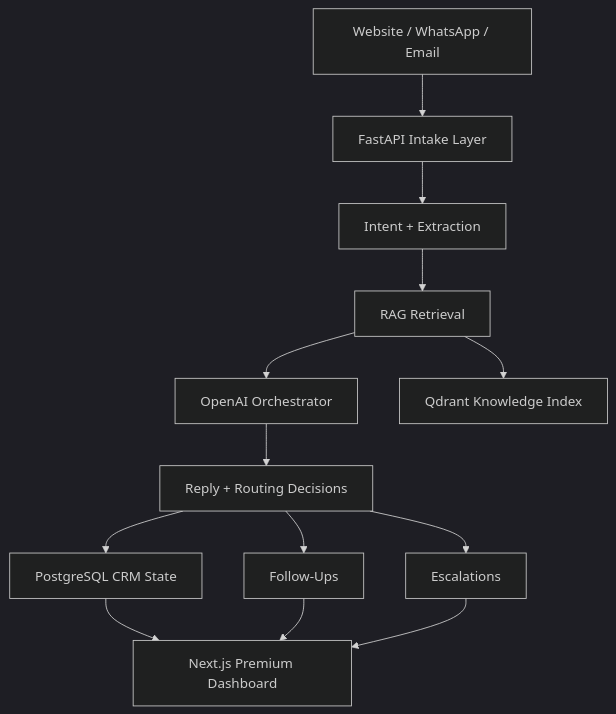
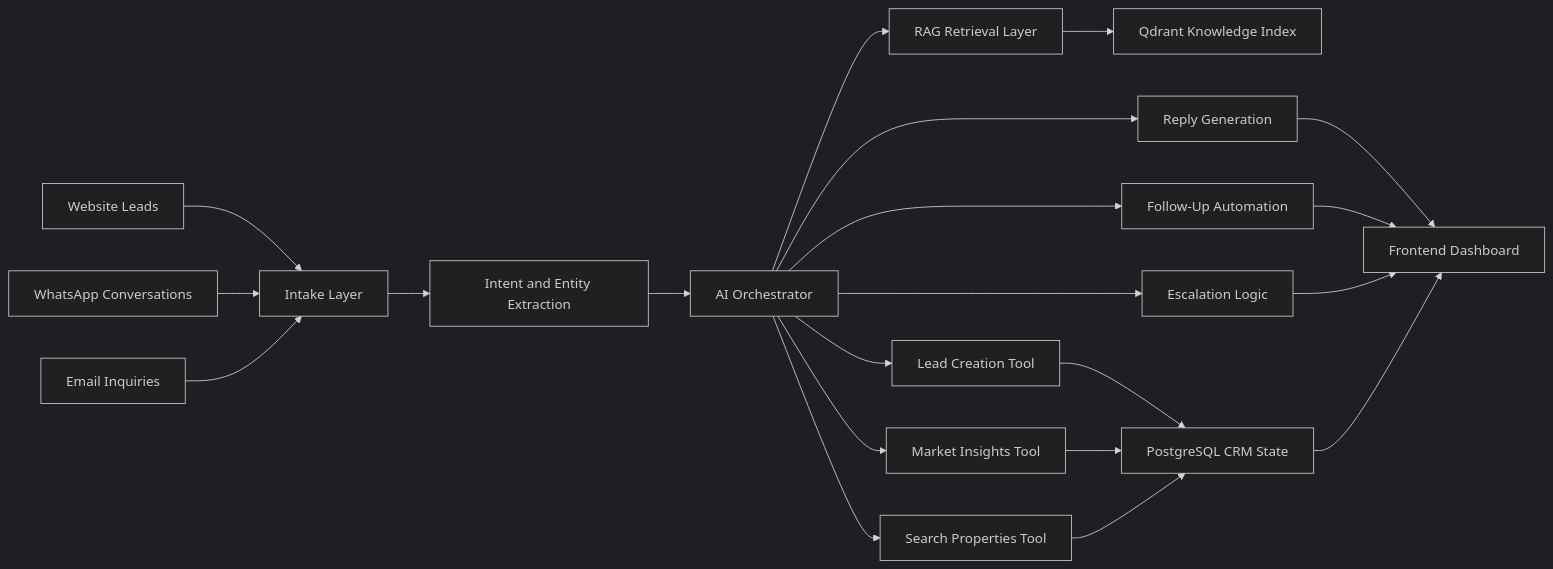
The diagram in README.md (zohair-azmat-ai/Aurevia-Estate-Ai), drawn with Mermaid (dark theme) before and after one commit. The commit also changed other lines of this file, not shown here.

Commit message:
feat: redesign README with premium symbolic and colorful product presentation

````diff
--- a/README.md
+++ b/README.md
@@ -99,15 +115,27 @@
 ```mermaid
-flowchart TD
-    A[Website / WhatsApp / Email] --> B[FastAPI Intake Layer]
-    B --> C[Intent + Extraction]
-    C --> D[RAG Retrieval]
-    D --> E[OpenAI Orchestrator]
-    E --> F[Reply + Routing Decisions]
-    F --> G[PostgreSQL CRM State]
-    D --> H[Qdrant Knowledge Index]
-    F --> I[Follow-Ups]
-    F --> J[Escalations]
-    G --> K[Next.js Premium Dashboard]
-    I --> K
-    J --> K
+flowchart LR
+    A[Website Leads] --> D[Intake Layer]
+    B[WhatsApp Conversations] --> D
+    C[Email Inquiries] --> D
+
+    D --> E[Intent and Entity Extraction]
+    E --> F[AI Orchestrator]
+    F --> G[Search Properties Tool]
+    F --> H[Lead Creation Tool]
+    F --> I[Market Insights Tool]
+    F --> J[RAG Retrieval Layer]
+
+    J --> K[Qdrant Knowledge Index]
+    H --> L[PostgreSQL CRM State]
+    I --> L
+    G --> L
+
+    F --> M[Reply Generation]
+    F --> N[Follow-Up Automation]
+    F --> O[Escalation Logic]
+
+    M --> P[Frontend Dashboard]
+    N --> P
+    O --> P
+    L --> P
 ```
````
